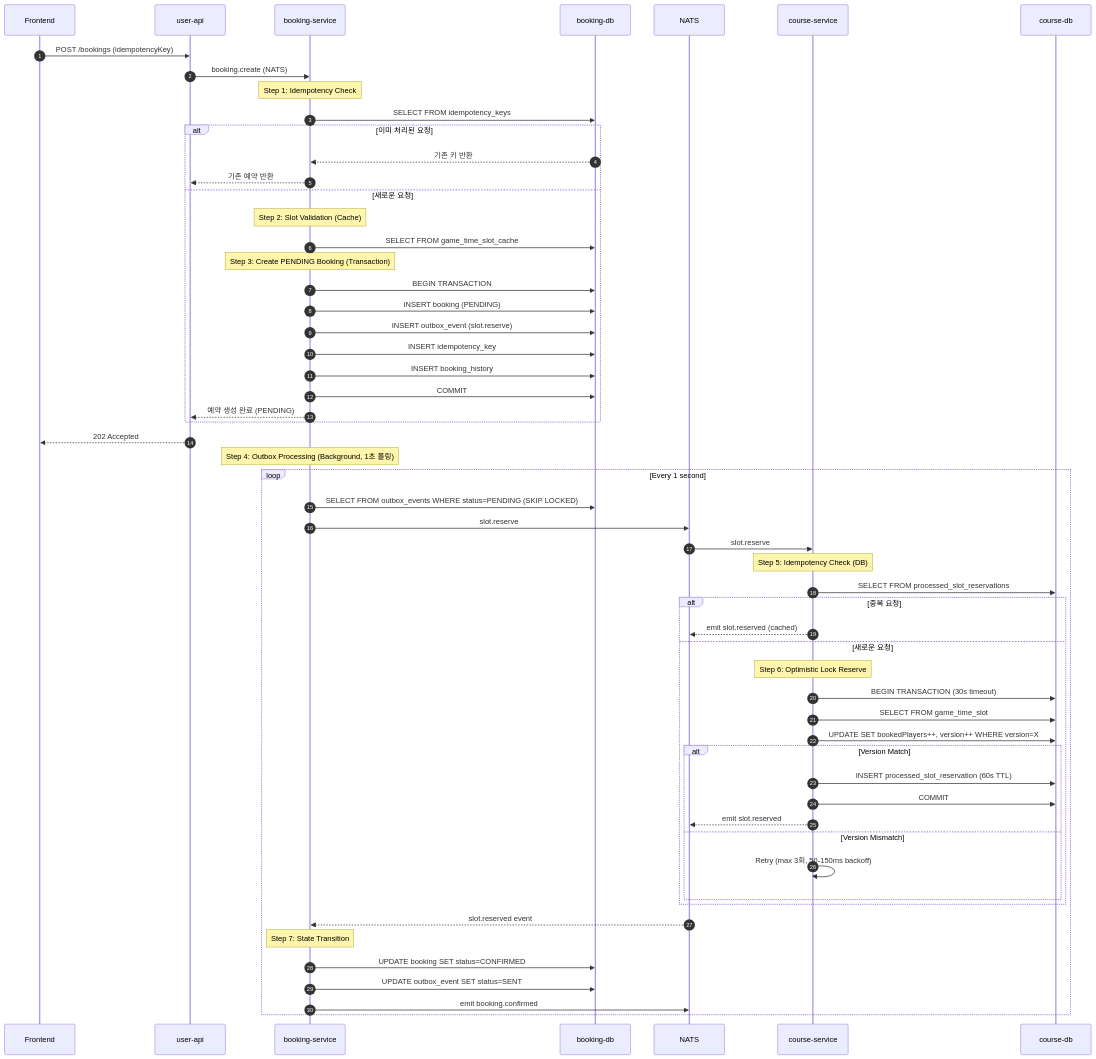
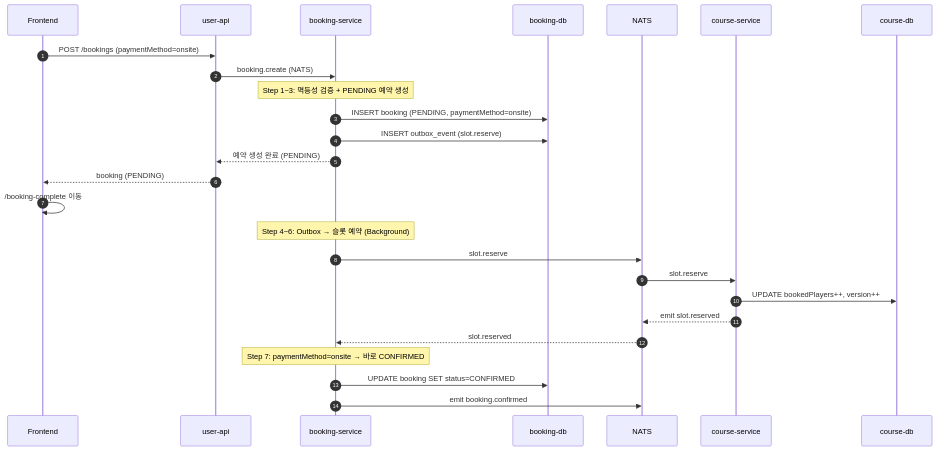
The seventh of 12 diagrams in docs/BOOKING_WORKFLOW.md (uniyous/parkgolf-platform), drawn with Mermaid before and after one commit. The commit also changed other lines of this file and 4 other files, not shown here.

First line of the commit message:
feat(booking): Saga에 결제 프로세스 통합 (SLOT_RESERVED 활성화)

````diff
--- a/docs/BOOKING_WORKFLOW.md
+++ b/docs/BOOKING_WORKFLOW.md
@@ -201,67 +253,32 @@
 ```mermaid
 sequenceDiagram
     autonumber
     participant Client as Frontend
     participant API as user-api
     participant BS as booking-service
     participant DB1 as booking-db
     participant NATS as NATS
     participant CS as course-service
     participant DB2 as course-db
 
-    Client->>API: POST /bookings (idempotencyKey)
+    Client->>API: POST /bookings (paymentMethod=onsite)
     API->>BS: booking.create (NATS)
 
-    Note over BS: Step 1: Idempotency Check
-    BS->>DB1: SELECT FROM idempotency_keys
-    alt 이미 처리된 요청
-        DB1-->>BS: 기존 키 반환
-        BS-->>API: 기존 예약 반환
-    else 새로운 요청
-        Note over BS: Step 2: Slot Validation (Cache)
-        BS->>DB1: SELECT FROM game_time_slot_cache
+    Note over BS: Step 1~3: 멱등성 검증 + PENDING 예약 생성
+    BS->>DB1: INSERT booking (PENDING, paymentMethod=onsite)
+    BS->>DB1: INSERT outbox_event (slot.reserve)
+    BS-->>API: 예약 생성 완료 (PENDING)
+    API-->>Client: booking (PENDING)
+    Client->>Client: /booking-complete 이동
 
-        Note over BS: Step 3: Create PENDING Booking (Transaction)
-        BS->>DB1: BEGIN TRANSACTION
-        BS->>DB1: INSERT booking (PENDING)
-        BS->>DB1: INSERT outbox_event (slot.reserve)
-        BS->>DB1: INSERT idempotency_key
-        BS->>DB1: INSERT booking_history
-        BS->>DB1: COMMIT
-        BS-->>API: 예약 생성 완료 (PENDING)
-    end
+    Note over BS: Step 4~6: Outbox → 슬롯 예약 (Background)
+    BS->>NATS: slot.reserve
+    NATS->>CS: slot.reserve
+    CS->>DB2: UPDATE bookedPlayers++, version++
+    CS-->>NATS: emit slot.reserved
+    NATS-->>BS: slot.reserved
 
-    API-->>Client: 202 Accepted
-
-    Note over BS: Step 4: Outbox Processing (Background, 1초 폴링)
-    loop Every 1 second
-        BS->>DB1: SELECT FROM outbox_events WHERE status=PENDING (SKIP LOCKED)
-        BS->>NATS: slot.reserve
-        NATS->>CS: slot.reserve
-
-        Note over CS: Step 5: Idempotency Check (DB)
-        CS->>DB2: SELECT FROM processed_slot_reservations
-        alt 중복 요청
-            CS-->>NATS: emit slot.reserved (cached)
-        else 새로운 요청
-            Note over CS: Step 6: Optimistic Lock Reserve
-            CS->>DB2: BEGIN TRANSACTION (30s timeout)
-            CS->>DB2: SELECT FROM game_time_slot
-            CS->>DB2: UPDATE SET bookedPlayers++, version++ WHERE version=X
-            alt Version Match
-                CS->>DB2: INSERT processed_slot_reservation (60s TTL)
-                CS->>DB2: COMMIT
-                CS-->>NATS: emit slot.reserved
-            else Version Mismatch
-                CS->>CS: Retry (max 3회, 50-150ms backoff)
-            end
-        end
-
-        NATS-->>BS: slot.reserved event
-
-        Note over BS: Step 7: State Transition
-        BS->>DB1: UPDATE booking SET status=CONFIRMED
-        BS->>DB1: UPDATE outbox_event SET status=SENT
-        BS->>NATS: emit booking.confirmed
-    end
+    Note over BS: Step 7: paymentMethod=onsite → 바로 CONFIRMED
+    BS->>DB1: UPDATE booking SET status=CONFIRMED
+    BS->>NATS: emit booking.confirmed
 ```
````
